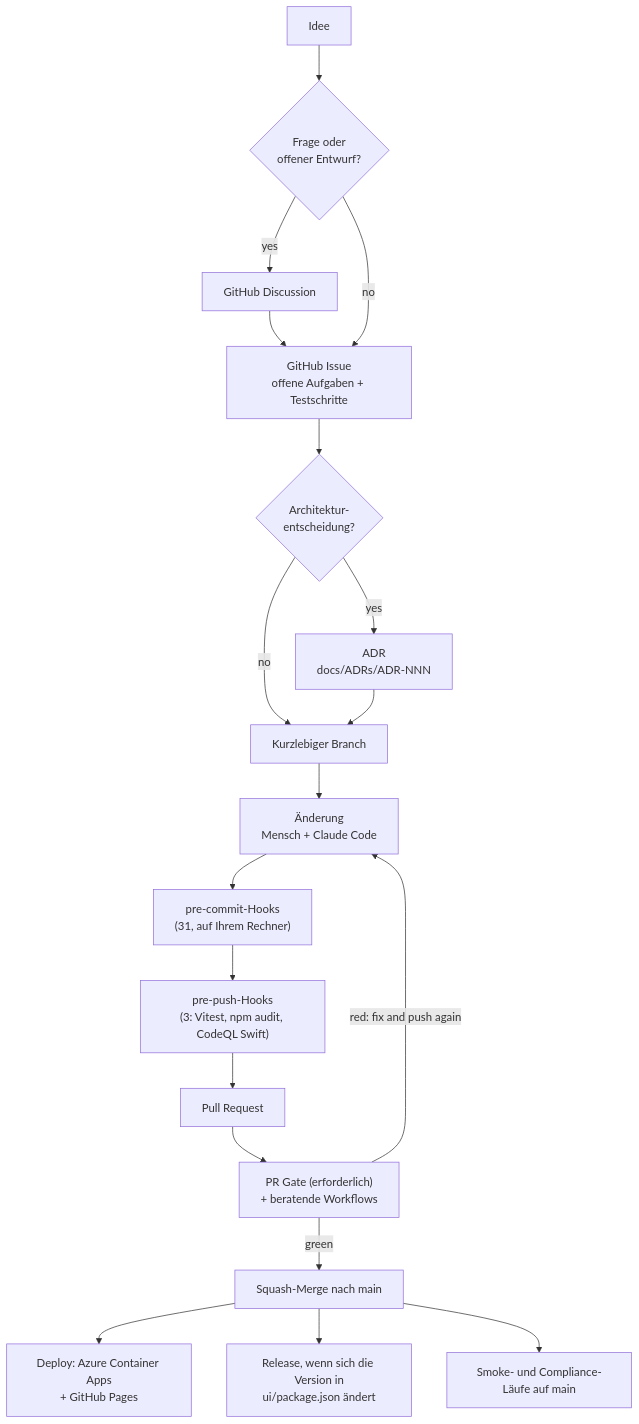
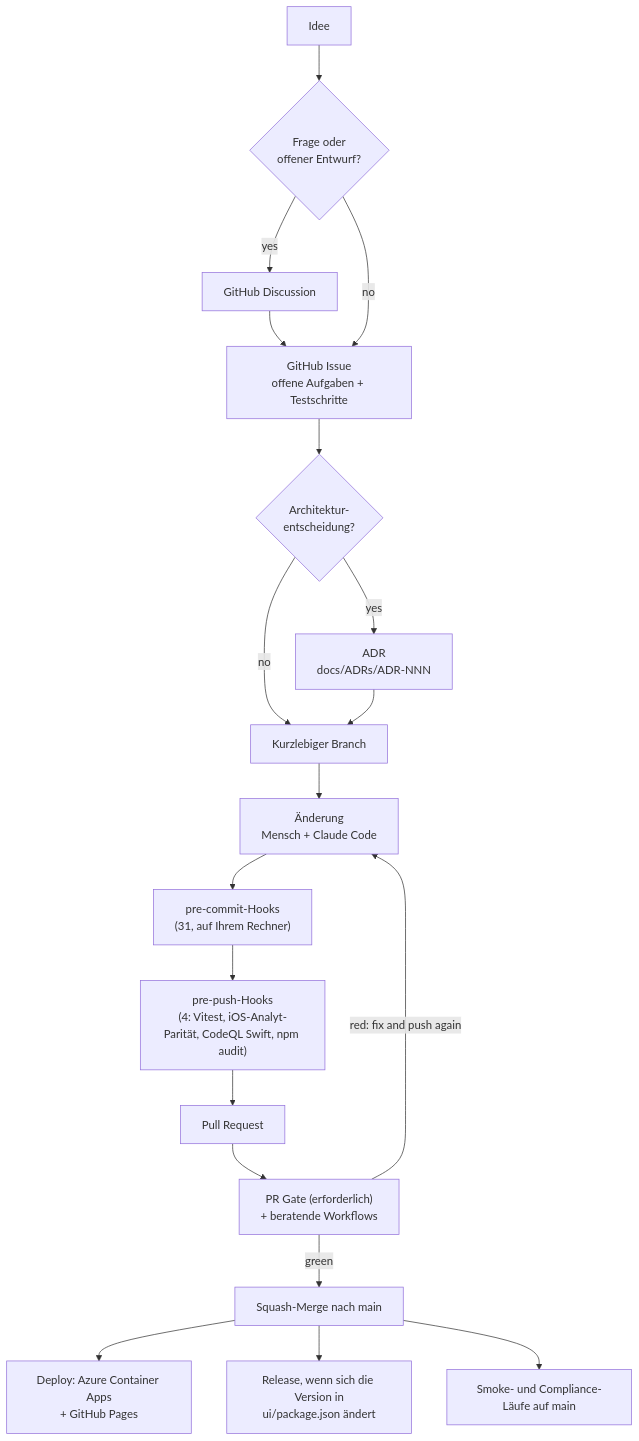
Before and after one commit to ma3u/MinimumViableHealthDataspacev2: the diagram in docs/i18n/de/SDLC.md, drawn with Mermaid. The commit also changed other lines of this file and 56 other files, not shown here.

````diff
--- a/docs/i18n/de/SDLC.md
+++ b/docs/i18n/de/SDLC.md
@@ -72,21 +72,21 @@
 ```mermaid
 flowchart TD
     A["Idee"] --> Q{"Frage oder<br/>offener Entwurf?"}
     Q -- yes --> DI["GitHub Discussion"]
     DI --> I
     Q -- no --> I["GitHub Issue<br/>offene Aufgaben + Testschritte"]
     I --> B{"Architektur-<br/>entscheidung?"}
     B -- yes --> C["ADR<br/>docs/ADRs/ADR-NNN"]
     B -- no --> D["Kurzlebiger Branch"]
     C --> D
     D --> E["Änderung<br/>Mensch + Claude Code"]
     E --> F["pre-commit-Hooks<br/>(31, auf Ihrem Rechner)"]
-    F --> P["pre-push-Hooks<br/>(3: Vitest, npm audit, CodeQL Swift)"]
+    F --> P["pre-push-Hooks<br/>(4: Vitest, iOS-Analyt-Parität, CodeQL Swift, npm audit)"]
     P --> G["Pull Request"]
     G --> H["PR Gate (erforderlich)<br/>+ beratende Workflows"]
     H -- "red: fix and push again" --> E
     H -- "green" --> M["Squash-Merge nach main"]
     M --> K["Deploy: Azure Container Apps<br/>+ GitHub Pages"]
     M --> R["Release, wenn sich die Version in<br/>ui/package.json ändert"]
     M --> S["Smoke- und Compliance-Läufe auf main"]
 ```
````
